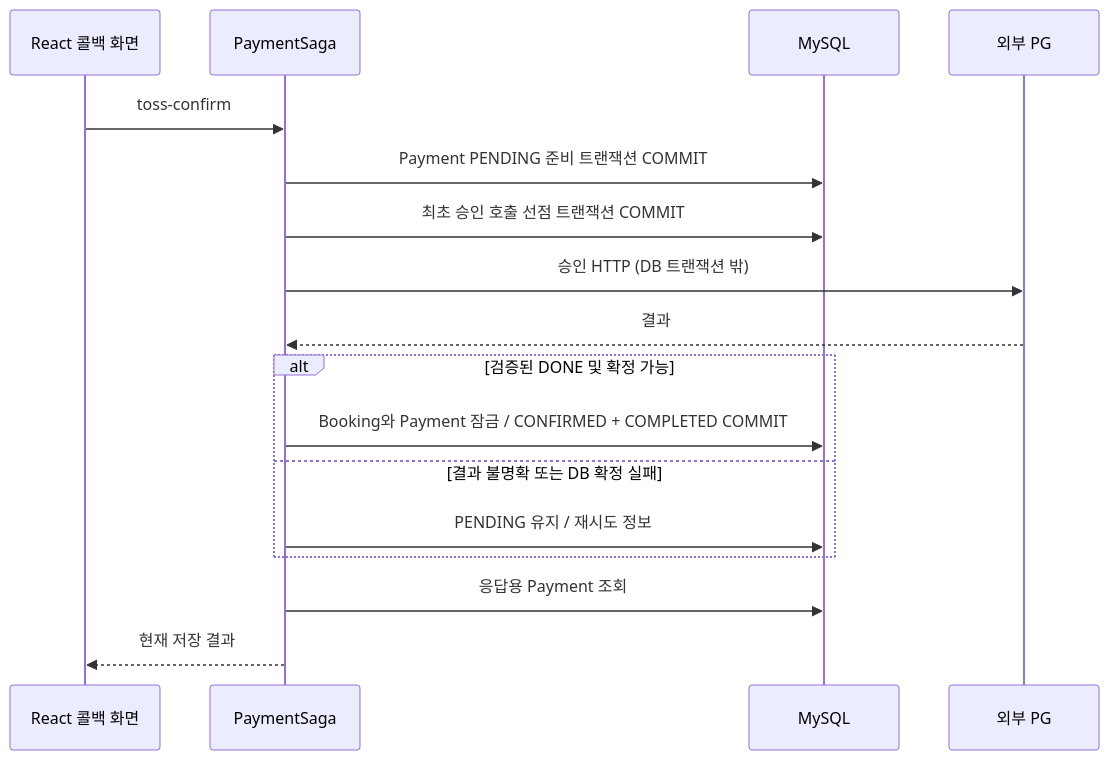
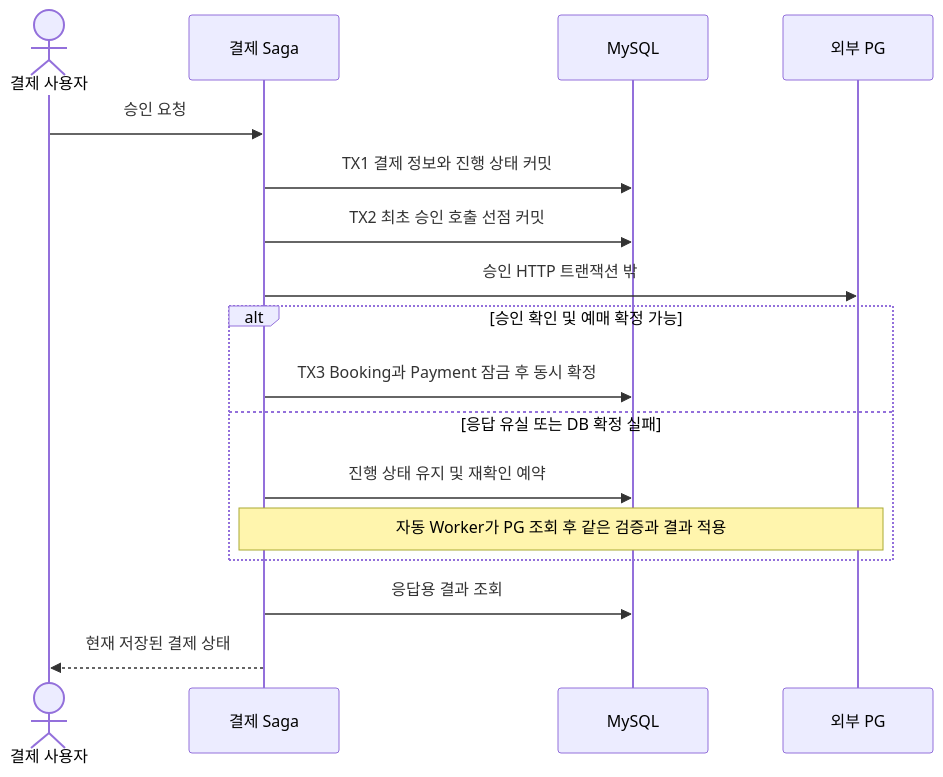
Before and after one commit to hak0622/ticketflow: the third of 3 diagrams in docs/flow.md, drawn with Mermaid. The commit also changed other lines of this file and 13 other files, not shown here.

````diff
--- a/docs/flow.md
+++ b/docs/flow.md
@@ -32,19 +64,19 @@
 ```mermaid
 sequenceDiagram
-    participant U as React 콜백 화면
-    participant S as PaymentSaga
+    actor U as 결제 사용자
+    participant S as 결제 Saga
     participant D as MySQL
     participant P as 외부 PG
-    U->>S: toss-confirm
-    S->>D: Payment PENDING 준비 트랜잭션 COMMIT
-    S->>D: 최초 승인 호출 선점 트랜잭션 COMMIT
-    S->>P: 승인 HTTP (DB 트랜잭션 밖)
-    P-->>S: 결과
-    alt 검증된 DONE 및 확정 가능
-        S->>D: Booking와 Payment 잠금 / CONFIRMED + COMPLETED COMMIT
-    else 결과 불명확 또는 DB 확정 실패
-        S->>D: PENDING 유지 / 재시도 정보
+    U->>S: 승인 요청
+    S->>D: TX1 결제 정보와 진행 상태 커밋
+    S->>D: TX2 최초 승인 호출 선점 커밋
+    S->>P: 승인 HTTP 트랜잭션 밖
+    alt 승인 확인 및 예매 확정 가능
+        S->>D: TX3 Booking과 Payment 잠금 후 동시 확정
+    else 응답 유실 또는 DB 확정 실패
+        S->>D: 진행 상태 유지 및 재확인 예약
+        Note over S,P: 자동 Worker가 PG 조회 후 같은 검증과 결과 적용
     end
-    S->>D: 응답용 Payment 조회
-    S-->>U: 현재 저장 결과
+    S->>D: 응답용 결과 조회
+    S-->>U: 현재 저장된 결제 상태
 ```
````
